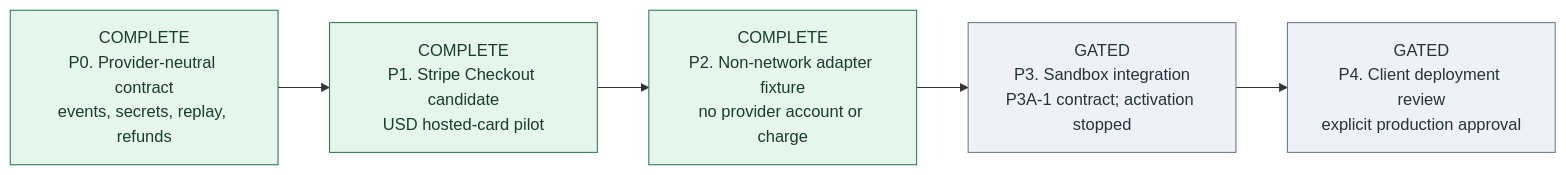
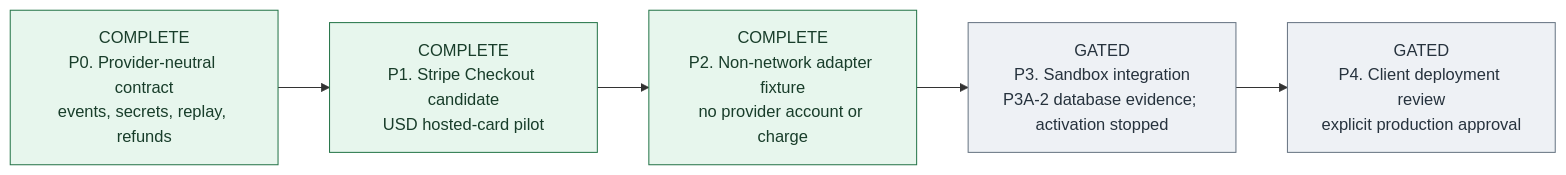
Before and after one commit to orojas01-glitch/redcms: the third of 3 diagrams in docs/ADD-ON-PLATFORM-STATUS.md, drawn with Mermaid. The commit also changed other lines of this file and 8 other files, not shown here.

````diff
--- a/docs/ADD-ON-PLATFORM-STATUS.md
+++ b/docs/ADD-ON-PLATFORM-STATUS.md
@@ -94,15 +94,15 @@
 ```mermaid
 flowchart LR
     P0["COMPLETE<br/>P0. Provider-neutral contract<br/>events, secrets, replay, refunds"]
     P1["COMPLETE<br/>P1. Stripe Checkout candidate<br/>USD hosted-card pilot"]
     P2["COMPLETE<br/>P2. Non-network adapter fixture<br/>no provider account or charge"]
-    P3["GATED<br/>P3. Sandbox integration<br/>P3A-1 contract; activation stopped"]
+    P3["GATED<br/>P3. Sandbox integration<br/>P3A-2 database evidence; activation stopped"]
     P4["GATED<br/>P4. Client deployment review<br/>explicit production approval"]
 
     P0 --> P1 --> P2 --> P3 --> P4
 
     classDef complete fill:#e7f6ed,stroke:#27764a,color:#183d2a;
     classDef gated fill:#eef1f5,stroke:#697684,color:#26323d;
     class P0,P1,P2 complete;
     class P3,P4 gated;
 ```
````
